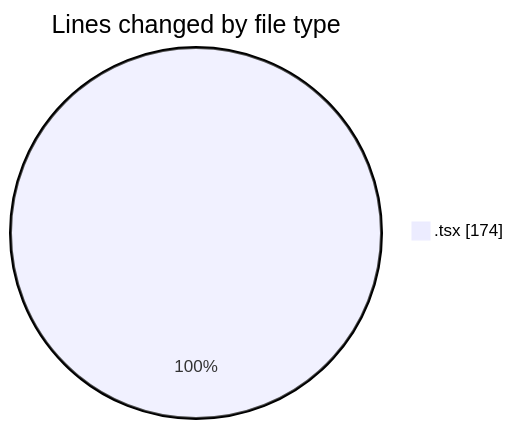
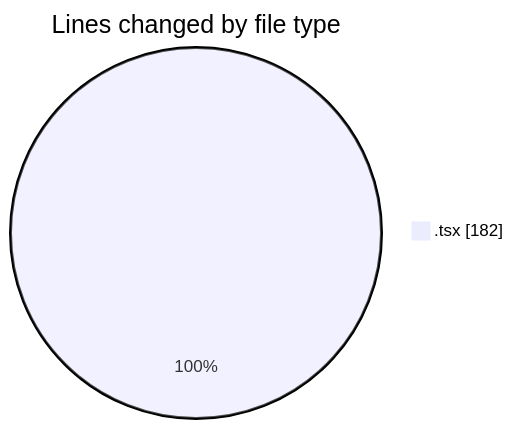
The first of 2 diagrams in 2025-03-10/mbc-web/README.md (robertbonfada/code-tracking), drawn with Mermaid before and after one commit. The commit also changed other lines of this file and 1 other file, not shown here.

````diff
--- a/2025-03-10/mbc-web/README.md
+++ b/2025-03-10/mbc-web/README.md
@@ -27,5 +27,5 @@
 ```mermaid
 pie showData
 title Lines changed by file type
-".tsx" : 174
+".tsx" : 182
 ```
````
